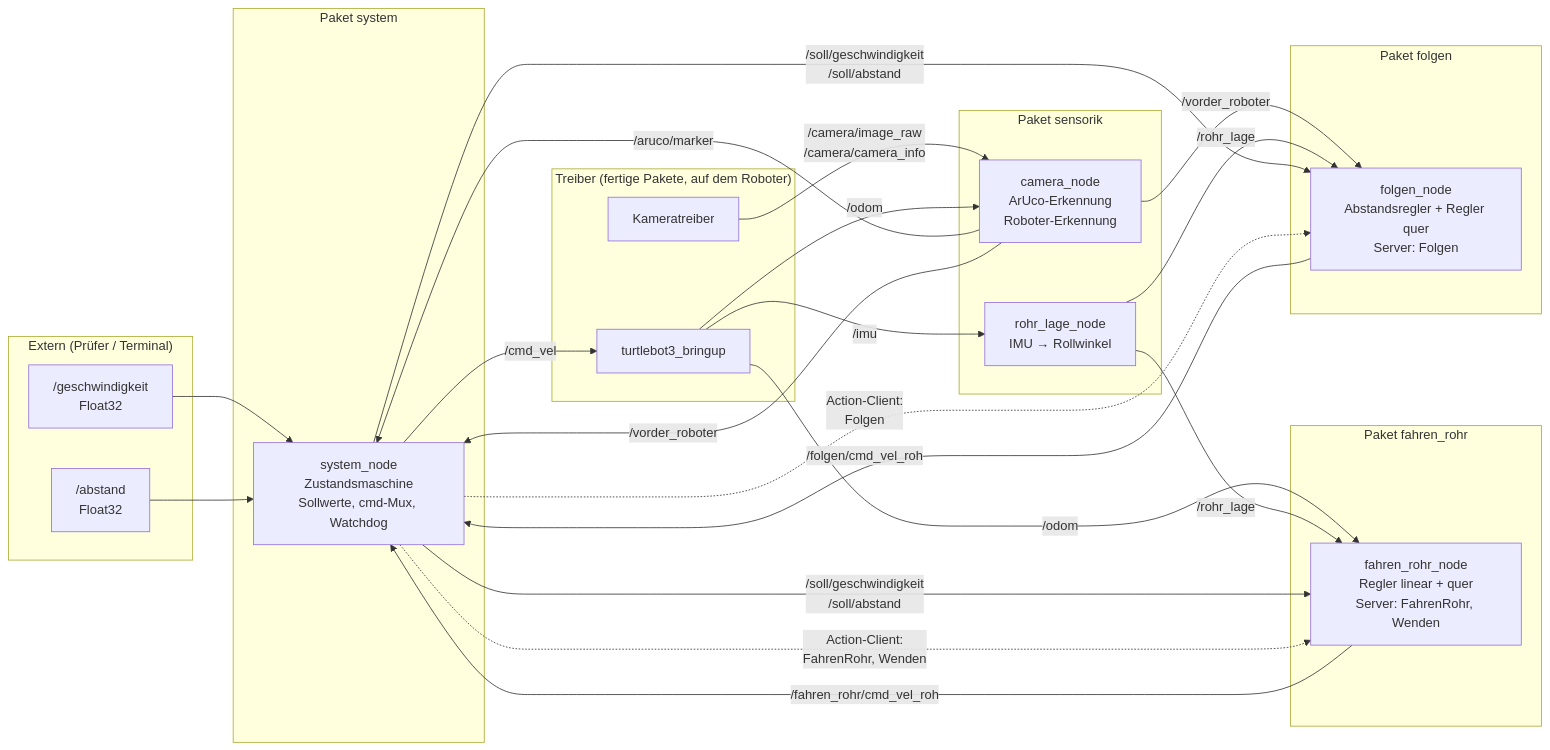
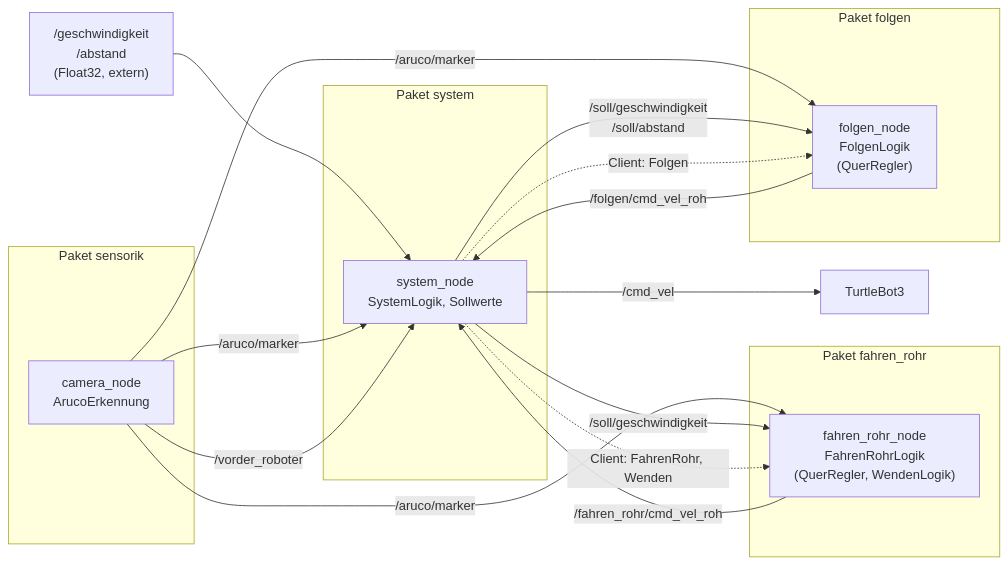
Before and after one commit to TsVBamBus/ros2_turtlebot_project_MW_NG: the first of 2 diagrams in docs/ARCHITEKTUR.md, drawn with Mermaid. The commit also changed other lines of this file and 3 other files, not shown here.

````diff
--- a/docs/ARCHITEKTUR.md
+++ b/docs/ARCHITEKTUR.md
@@ -82,51 +88,31 @@
 ```mermaid
 flowchart LR
-    subgraph EXT["Extern (Prüfer / Terminal)"]
-        GES["/geschwindigkeit<br/>Float32"]
-        ABS["/abstand<br/>Float32"]
+    EXT["/geschwindigkeit<br/>/abstand<br/>(Float32, extern)"] --> SYS
+
+    subgraph SEN["Paket sensorik"]
+        CAM["camera_node<br/>ArucoErkennung"]
+    end
+    subgraph SY["Paket system"]
+        SYS["system_node<br/>SystemLogik, Sollwerte"]
+    end
+    subgraph FR["Paket fahren_rohr"]
+        FAHR["fahren_rohr_node<br/>FahrenRohrLogik<br/>(QuerRegler, WendenLogik)"]
+    end
+    subgraph FO["Paket folgen"]
+        FOLG["folgen_node<br/>FolgenLogik<br/>(QuerRegler)"]
     end
 
-    subgraph TB["Treiber (fertige Pakete, auf dem Roboter)"]
-        BRING[turtlebot3_bringup]
-        CAMDRV[Kameratreiber]
-    end
+    CAM -- "/aruco/marker" --> SYS
+    CAM -- "/aruco/marker" --> FAHR
+    CAM -- "/aruco/marker" --> FOLG
+    CAM -- "/vorder_roboter" --> SYS
 
-    subgraph SEN["Paket sensorik"]
-        CAM["camera_node<br/>ArUco-Erkennung<br/>Roboter-Erkennung"]
-        LAGE["rohr_lage_node<br/>IMU → Rollwinkel"]
-    end
-
-    subgraph FR["Paket fahren_rohr"]
-        FAHR["fahren_rohr_node<br/>Regler linear + quer<br/>Server: FahrenRohr, Wenden"]
-    end
-
-    subgraph FO["Paket folgen"]
-        FOLG["folgen_node<br/>Abstandsregler + Regler quer<br/>Server: Folgen"]
-    end
-
-    subgraph SY["Paket system"]
-        SYS["system_node<br/>Zustandsmaschine<br/>Sollwerte, cmd-Mux, Watchdog"]
-    end
-
-    GES --> SYS
-    ABS --> SYS
-    CAMDRV -- "/camera/image_raw<br/>/camera/camera_info" --> CAM
-    BRING -- "/imu" --> LAGE
-    BRING -- "/odom" --> CAM
-    BRING -- "/odom" --> FAHR
-
-    CAM -- "/aruco/marker" --> SYS
-    CAM -- "/vorder_roboter" --> SYS
-    CAM -- "/vorder_roboter" --> FOLG
-    LAGE -- "/rohr_lage" --> FAHR
-    LAGE -- "/rohr_lage" --> FOLG
-
-    SYS -- "/soll/geschwindigkeit<br/>/soll/abstand" --> FAHR
+    SYS -- "/soll/geschwindigkeit" --> FAHR
     SYS -- "/soll/geschwindigkeit<br/>/soll/abstand" --> FOLG
-    SYS -. "Action-Client:<br/>FahrenRohr, Wenden" .-> FAHR
-    SYS -. "Action-Client:<br/>Folgen" .-> FOLG
+    SYS -. "Client: FahrenRohr, Wenden" .-> FAHR
+    SYS -. "Client: Folgen" .-> FOLG
 
     FAHR -- "/fahren_rohr/cmd_vel_roh" --> SYS
     FOLG -- "/folgen/cmd_vel_roh" --> SYS
-    SYS -- "/cmd_vel" --> BRING
+    SYS -- "/cmd_vel" --> TB[TurtleBot3]
 ```
````
